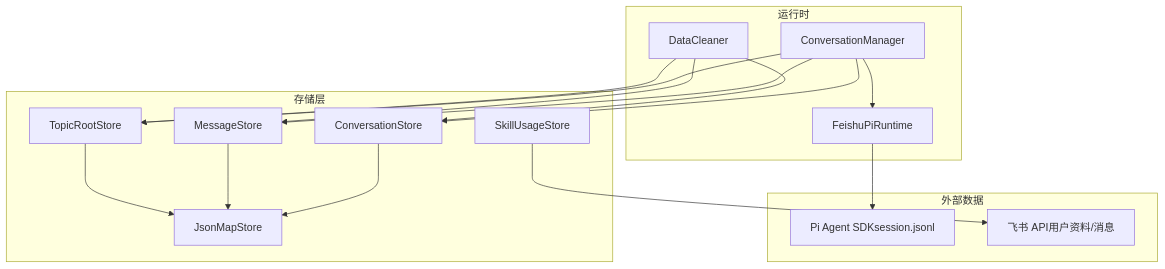
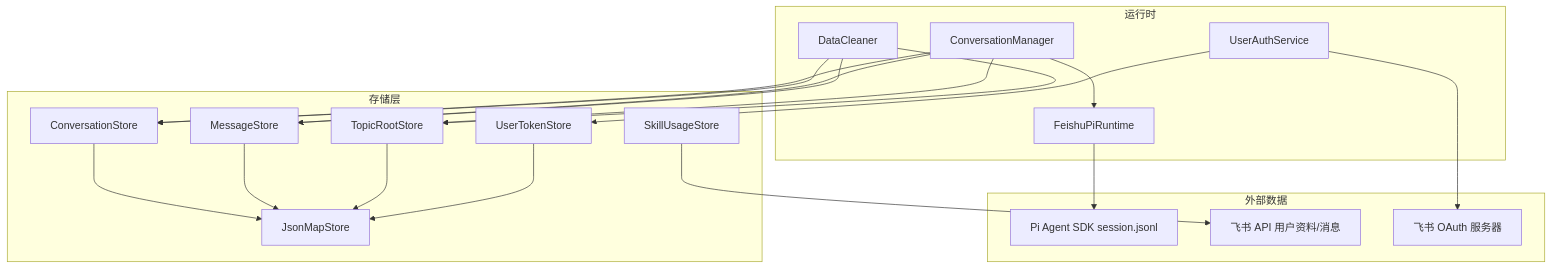
One commit to HeXiaoShu520/feishu-pi changed the second of 8 diagrams in .qoder/repowiki/zh/content/数据管理/数据管理.md. Above: the diagram before and after it, drawn with Mermaid. The commit also changed other lines of this file and 47 other files, not shown here.

````diff
--- a/.qoder/repowiki/zh/content/数据管理/数据管理.md
+++ b/.qoder/repowiki/zh/content/数据管理/数据管理.md
@@ -82,31 +98,37 @@
 ```mermaid
 graph TB
 subgraph "运行时"
 CM["ConversationManager"]
 RT["FeishuPiRuntime"]
 DS["DataCleaner"]
+UA["UserAuthService"]
 end
 subgraph "存储层"
 JMS["JsonMapStore"]
 CS["ConversationStore"]
 MS["MessageStore"]
 TRS["TopicRootStore"]
 SUS["SkillUsageStore"]
+UTS["UserTokenStore"]
 end
 subgraph "外部数据"
-PI["Pi Agent SDKsession.jsonl"]
-FS["飞书 API用户资料/消息"]
+PI["Pi Agent SDK session.jsonl"]
+FS["飞书 API 用户资料/消息"]
+AUTH["飞书 OAuth 服务器"]
 end
 CM --> RT
 CM --> CS
 CM --> MS
 CM --> TRS
 RT --> PI
 DS --> CS
 DS --> MS
 DS --> TRS
+UA --> AUTH
+UA --> UTS
 SUS --> FS
 CS --> JMS
 MS --> JMS
 TRS --> JMS
+UTS --> JMS
 ```
````
